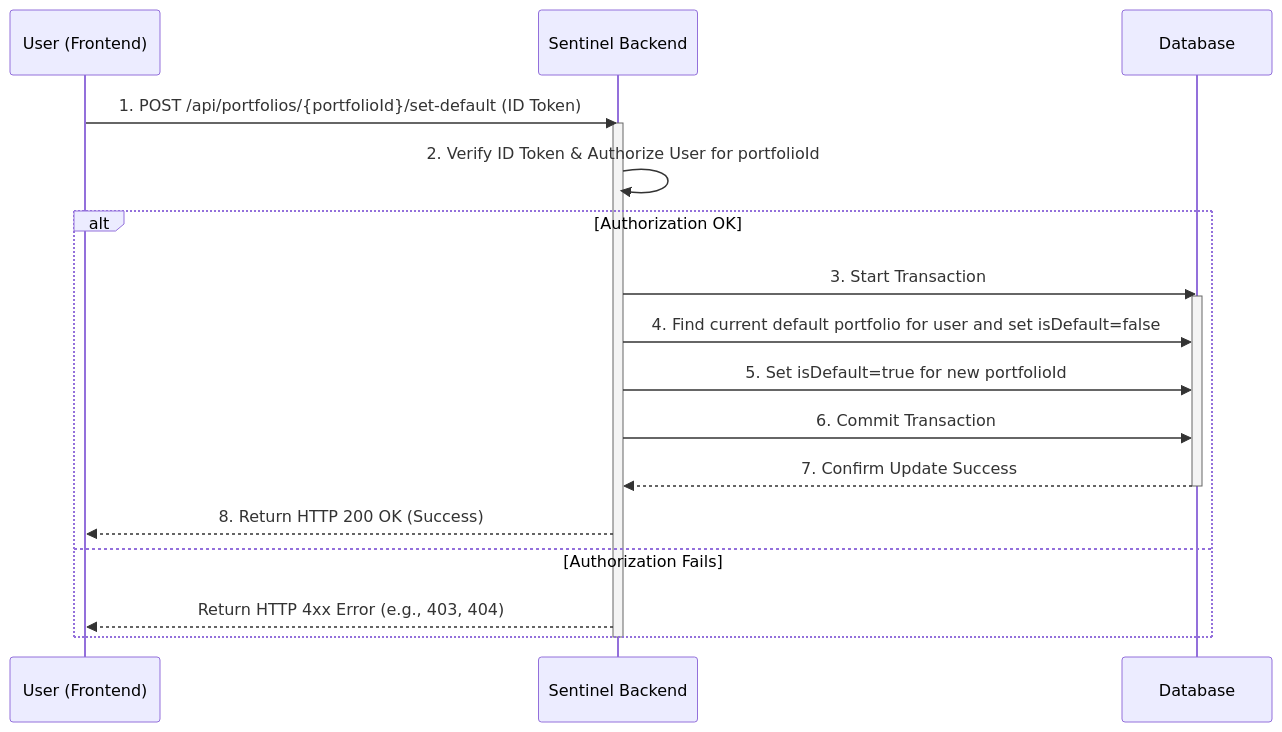
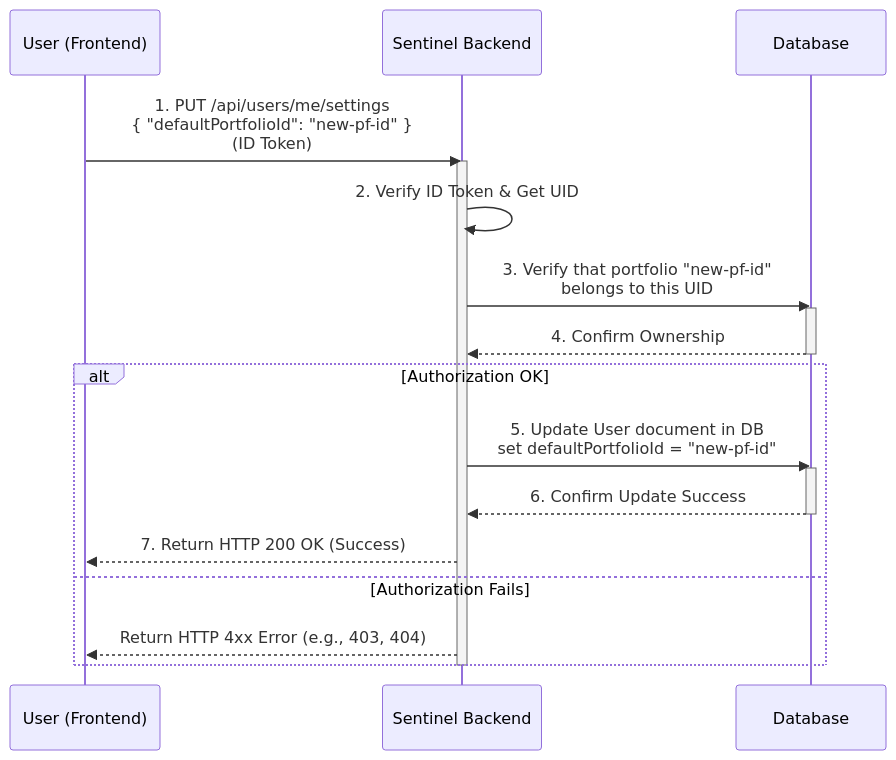
One commit to enzhao/Sentinel changed the fifth of 12 diagrams in product_spec.md. Above: the diagram before and after it, drawn with Mermaid. The commit also changed other lines of this file, not shown here.

Commit message:
docs(spec): changed the handling of portfolio endpoints. #4

````diff
--- a/product_spec.md
+++ b/product_spec.md
@@ -369,24 +369,25 @@
 ```mermaid
 sequenceDiagram
     participant User as User (Frontend)
     participant Sentinel as Sentinel Backend
     participant DB as Database
 
-    User->>Sentinel: 1. POST /api/portfolios/{portfolioId}/set-default (ID Token)
+    User->>Sentinel: 1. PUT /api/users/me/settings <br> { "defaultPortfolioId": "new-pf-id" } <br> (ID Token)
     activate Sentinel
-    Sentinel->>Sentinel: 2. Verify ID Token & Authorize User for portfolioId
+    Sentinel->>Sentinel: 2. Verify ID Token & Get UID
+    Sentinel->>DB: 3. Verify that portfolio "new-pf-id" <br> belongs to this UID
+    activate DB
+    DB-->>Sentinel: 4. Confirm Ownership
+    deactivate DB
     
     alt Authorization OK
-        Sentinel->>DB: 3. Start Transaction
+        Sentinel->>DB: 5. Update User document in DB <br> set defaultPortfolioId = "new-pf-id"
         activate DB
-        Sentinel->>DB: 4. Find current default portfolio for user and set isDefault=false
-        Sentinel->>DB: 5. Set isDefault=true for new portfolioId
-        Sentinel->>DB: 6. Commit Transaction
-        DB-->>Sentinel: 7. Confirm Update Success
+        DB-->>Sentinel: 6. Confirm Update Success
         deactivate DB
-        Sentinel-->>User: 8. Return HTTP 200 OK (Success)
+        Sentinel-->>User: 7. Return HTTP 200 OK (Success)
     else Authorization Fails
         Sentinel-->>User: Return HTTP 4xx Error (e.g., 403, 404)
     end
     deactivate Sentinel
 ```
````
